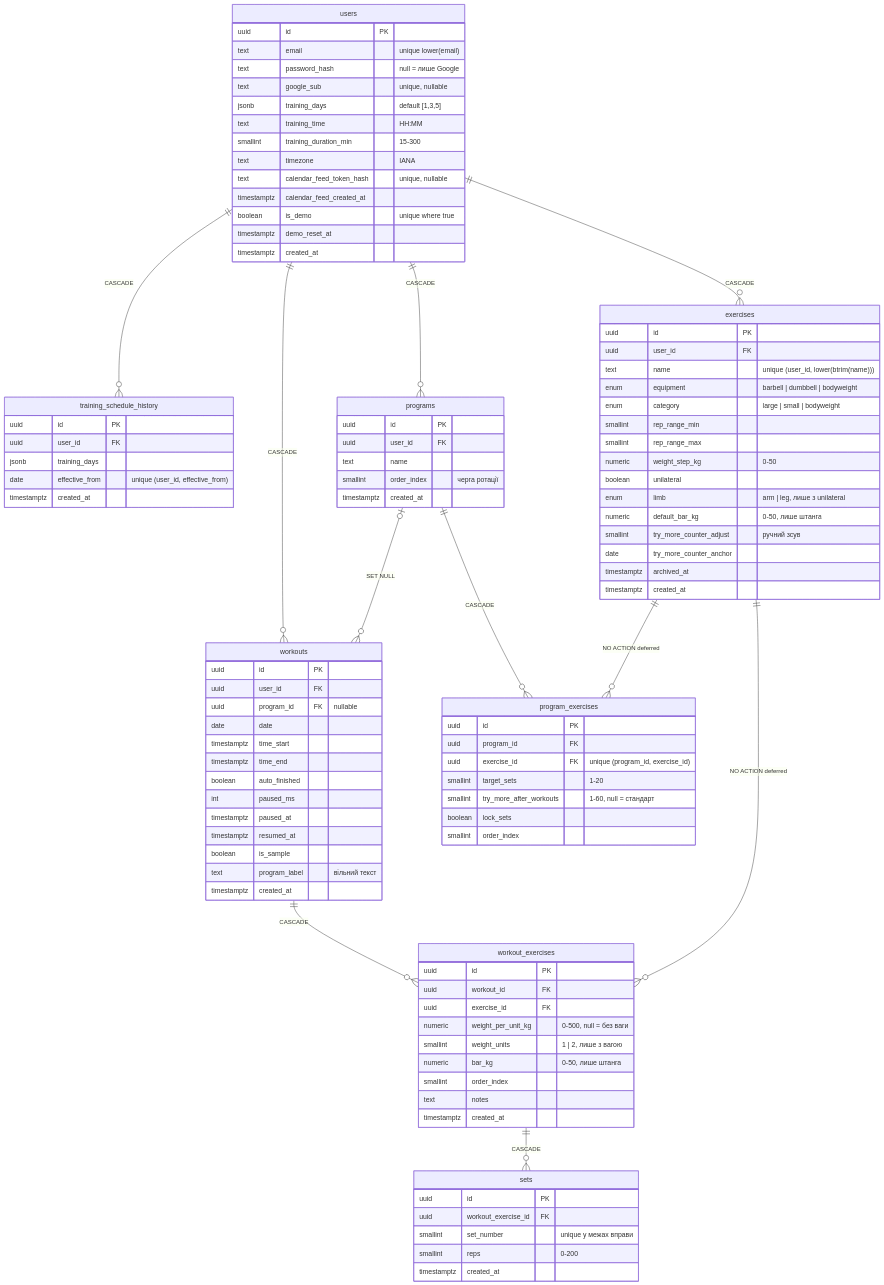
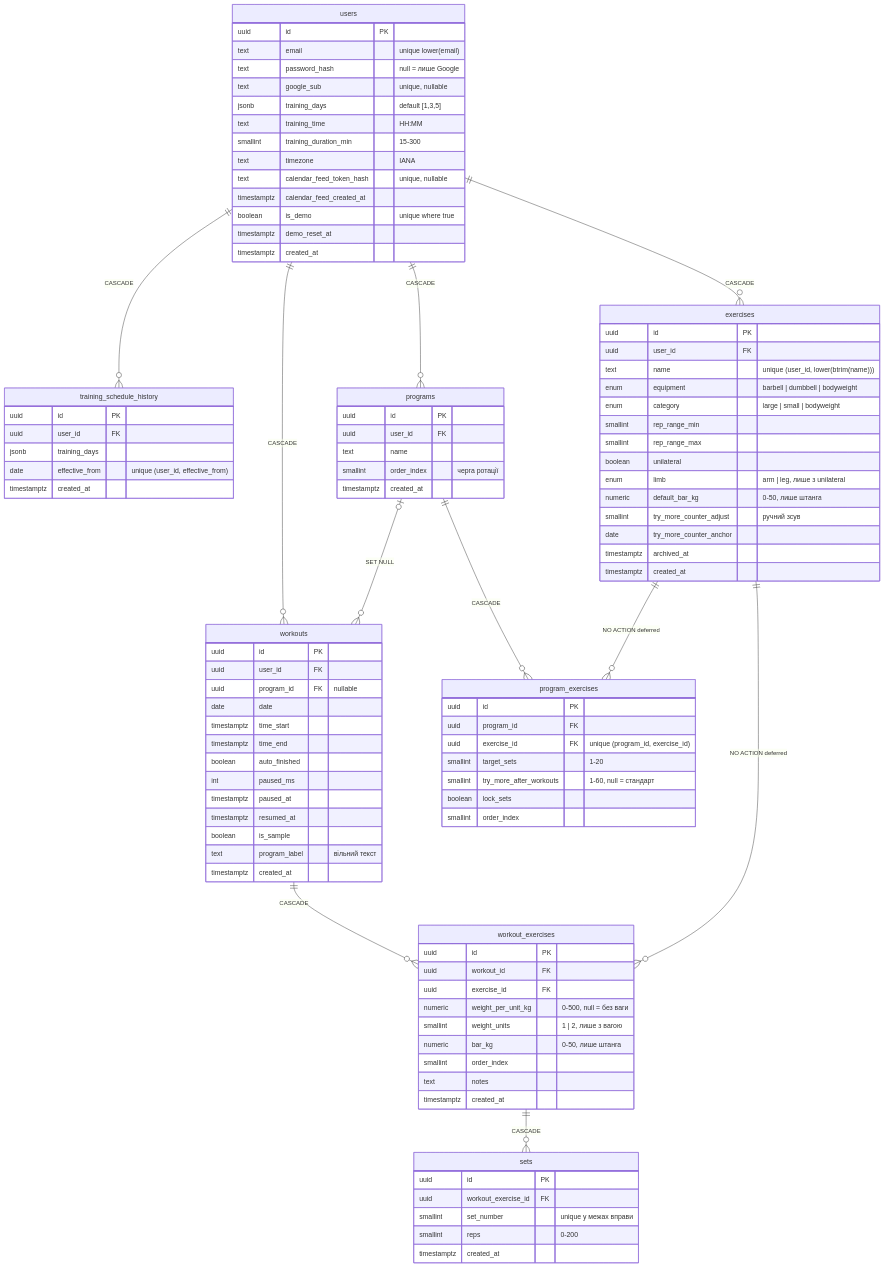
One commit to SergioBurlaka/MyGym changed the first of 2 diagrams in docs/db/ARCHITECTURE.md. Above: the diagram before and after it, drawn with Mermaid. The commit also changed other lines of this file and 7 other files, not shown here.

Commit message:
docs: no weight step in docs, schema and the coach skill

```diff
--- a/docs/db/ARCHITECTURE.md
+++ b/docs/db/ARCHITECTURE.md
@@ -56,7 +56,6 @@
         enum category "large | small | bodyweight"
         smallint rep_range_min
         smallint rep_range_max
-        numeric weight_step_kg "0-50"
         boolean unilateral
         enum limb "arm | leg, лише з unilateral"
         numeric default_bar_kg "0-50, лише штанга"
```
